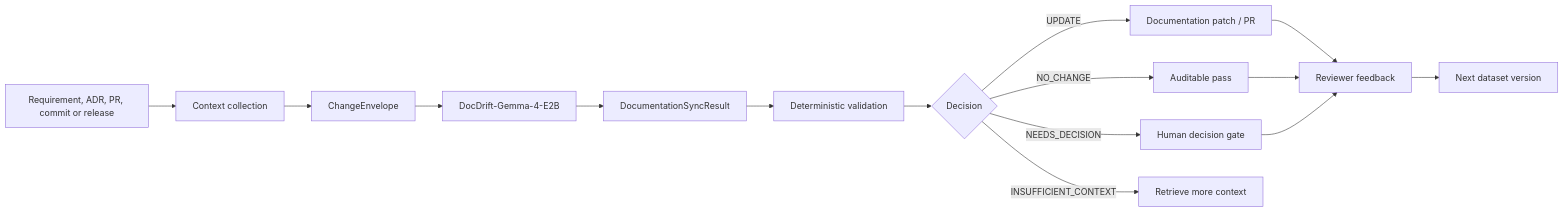
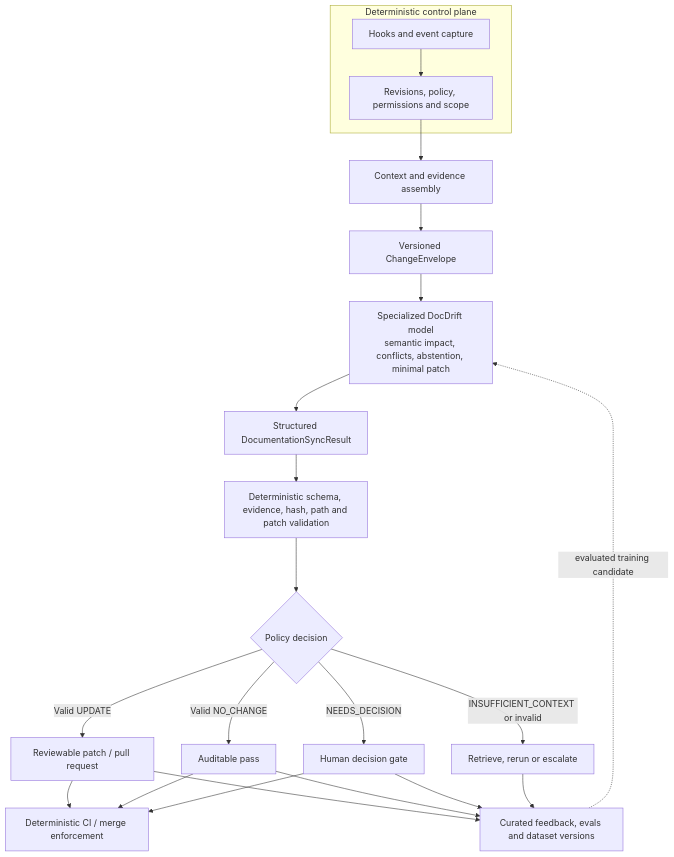
Before and after one commit to paulotvlincelia/docdrift: the diagram in README.md, drawn with Mermaid. The commit also changed other lines of this file and 23 other files, not shown here.

````diff
--- a/README.md
+++ b/README.md
@@ -48,17 +70,24 @@
 ```mermaid
-flowchart LR
-    A["Requirement, ADR, PR, commit or release"] --> B["Context collection"]
-    B --> C["ChangeEnvelope"]
-    C --> D["DocDrift-Gemma-4-E2B"]
-    D --> E["DocumentationSyncResult"]
-    E --> F["Deterministic validation"]
-    F --> G{"Decision"}
-    G -->|"UPDATE"| H["Documentation patch / PR"]
-    G -->|"NO_CHANGE"| I["Auditable pass"]
-    G -->|"NEEDS_DECISION"| J["Human decision gate"]
-    G -->|"INSUFFICIENT_CONTEXT"| K["Retrieve more context"]
-    H --> L["Reviewer feedback"]
-    I --> L
-    J --> L
-    L --> M["Next dataset version"]
+flowchart TB
+    subgraph CP["Deterministic control plane"]
+        A["Hooks and event capture"] --> B["Revisions, policy, permissions and scope"]
+    end
+    B --> C["Context and evidence assembly"]
+    C --> D["Versioned ChangeEnvelope"]
+    D --> E["Specialized DocDrift model<br/>semantic impact, conflicts, abstention, minimal patch"]
+    E --> F["Structured DocumentationSyncResult"]
+    F --> G["Deterministic schema, evidence, hash, path and patch validation"]
+    G --> H{"Policy decision"}
+    H -->|"Valid UPDATE"| I["Reviewable patch / pull request"]
+    H -->|"Valid NO_CHANGE"| J["Auditable pass"]
+    H -->|"NEEDS_DECISION"| K["Human decision gate"]
+    H -->|"INSUFFICIENT_CONTEXT or invalid"| L["Retrieve, rerun or escalate"]
+    I --> M["Deterministic CI / merge enforcement"]
+    J --> M
+    K --> M
+    I --> N["Curated feedback, evals and dataset versions"]
+    J --> N
+    K --> N
+    L --> N
+    N -.->|"evaluated training candidate"| E
 ```
````
